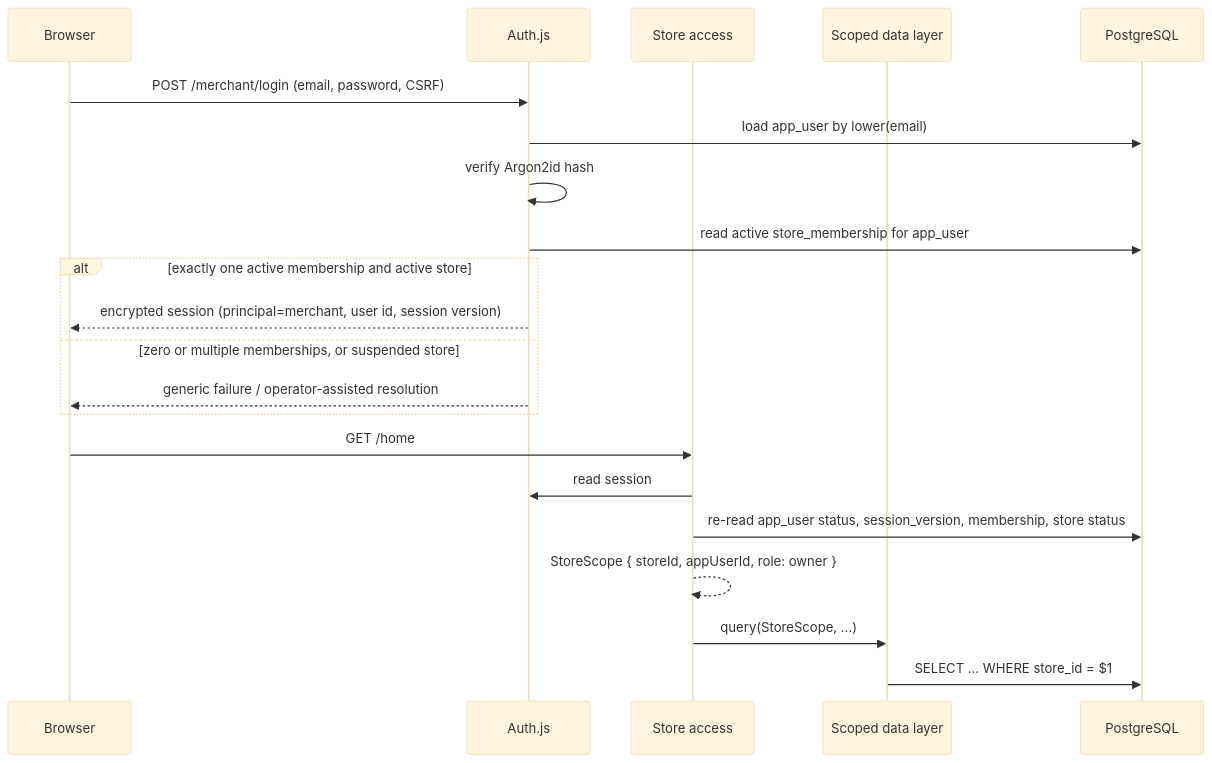
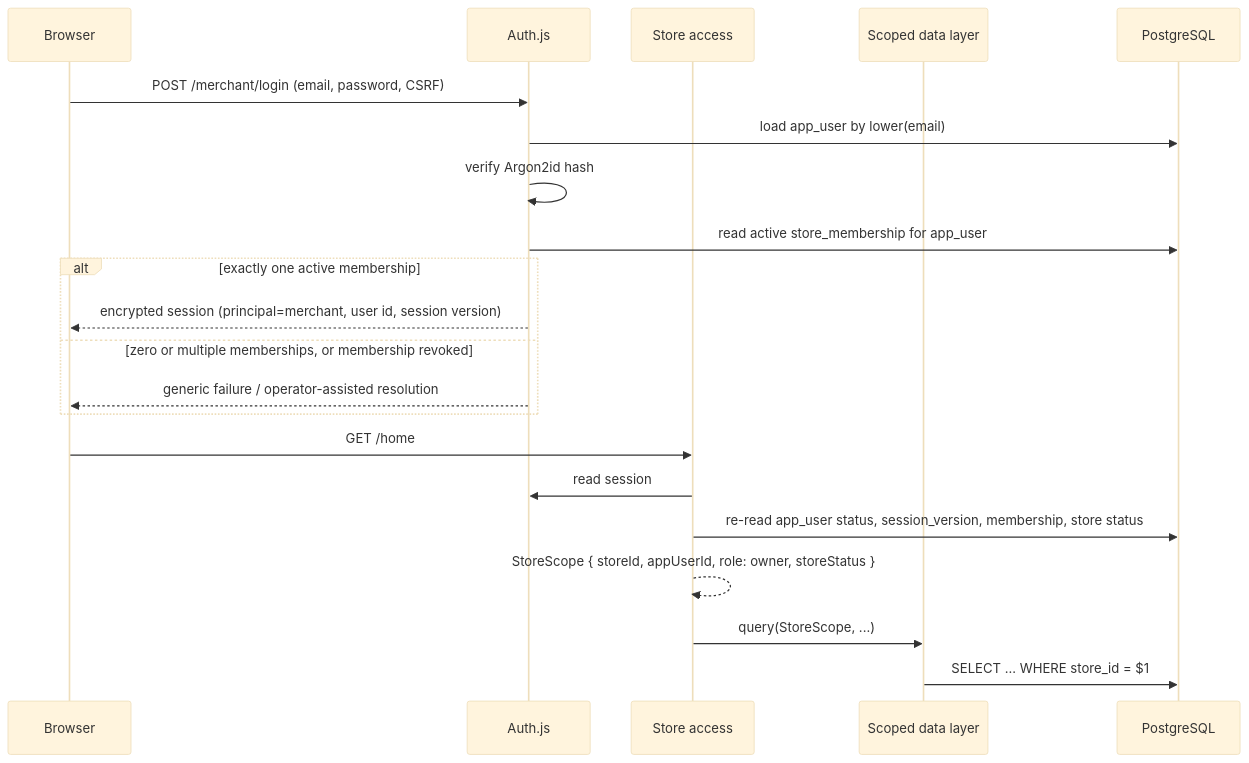
Before and after one commit to geekammar/Rabet: the third of 7 diagrams in docs/SAAS_MVP_ARCHITECTURE.md, drawn with Mermaid (base theme). The commit also changed other lines of this file and 1 other file, not shown here.

````diff
--- a/docs/SAAS_MVP_ARCHITECTURE.md
+++ b/docs/SAAS_MVP_ARCHITECTURE.md
@@ -356,24 +368,24 @@
 ```mermaid
 sequenceDiagram
   participant B as Browser
   participant A as Auth.js
   participant S as Store access
   participant D as Scoped data layer
   participant P as PostgreSQL
 
   B->>A: POST /merchant/login (email, password, CSRF)
   A->>P: load app_user by lower(email)
   A->>A: verify Argon2id hash
   A->>P: read active store_membership for app_user
-  alt exactly one active membership and active store
+  alt exactly one active membership
     A-->>B: encrypted session (principal=merchant, user id, session version)
-  else zero or multiple memberships, or suspended store
+  else zero or multiple memberships, or membership revoked
     A-->>B: generic failure / operator-assisted resolution
   end
   B->>S: GET /home
   S->>A: read session
   S->>P: re-read app_user status, session_version, membership, store status
-  S-->>S: StoreScope { storeId, appUserId, role: owner }
+  S-->>S: StoreScope { storeId, appUserId, role: owner, storeStatus }
   S->>D: query(StoreScope, ...)
   D->>P: SELECT ... WHERE store_id = $1
 ```
````
